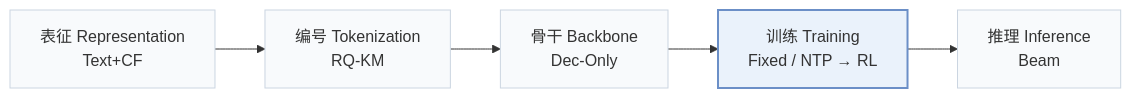
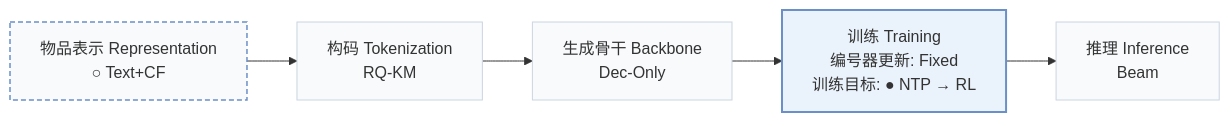
Before and after one commit to Galaxy-ghost/Awesome-SID-Generative-Rec: the first of 4 diagrams in pages/zh/papers/gream.md, drawn with Mermaid. The commit also changed other lines of this file and 558 other files, not shown here.

````diff
--- a/pages/zh/papers/gream.md
+++ b/pages/zh/papers/gream.md
@@ -15,8 +18,10 @@
 ```mermaid
 flowchart LR
-    R["表征 Representation<br/>Text+CF"] --> T["编号 Tokenization<br/>RQ-KM"] --> B["骨干 Backbone<br/>Dec-Only"] --> TR["训练 Training<br/>Fixed / NTP → RL"] --> I["推理 Inference<br/>Beam"]
+    R["物品表示 Representation<br/>○ Text+CF"] --> T["构码 Tokenization<br/>RQ-KM"] --> B["生成骨干 Backbone<br/>Dec-Only"] --> TR["训练 Training<br/>编号器更新: Fixed<br/>训练目标: ● NTP → RL"] --> I["推理 Inference<br/>Beam"]
     classDef base fill:#f8fafc,stroke:#cbd5e1
     class R,T,B,TR,I base
+    classDef other fill:#f8fafc,stroke:#6b8fc7,stroke-width:1.5px,stroke-dasharray:5 3
+    class R other
     classDef main fill:#eaf2fb,stroke:#6b8fc7,stroke-width:2px
     class TR main
 ```
````
